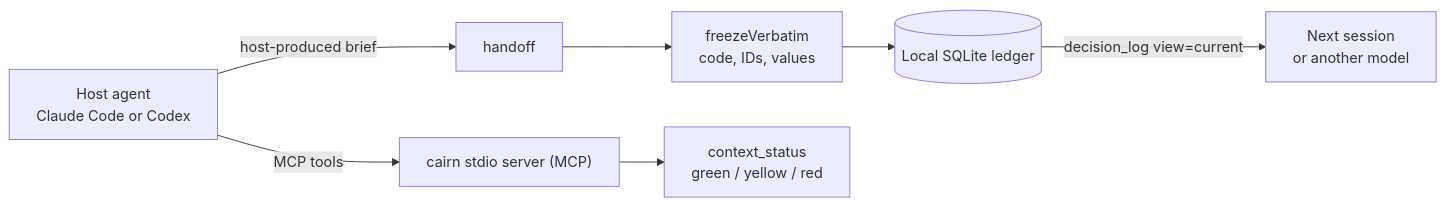
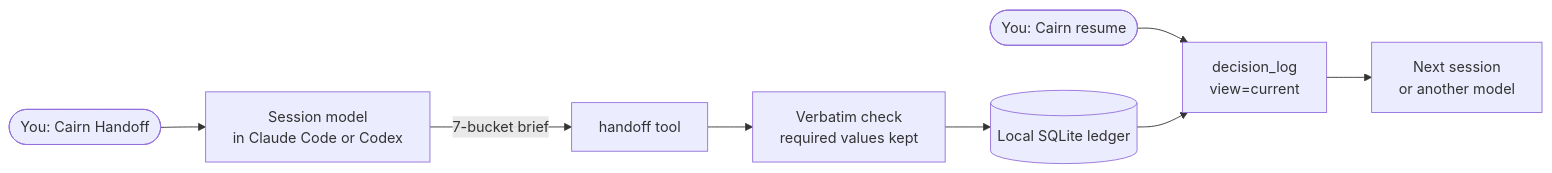
The first of 2 diagrams in README.md (CheswickDEV/cairn), drawn with Mermaid before and after one commit. The commit also changed other lines of this file and 8 other files, not shown here.

First line of the commit message:
docs(readme): modern 2.0 README with measurements, tests and charts

````diff
--- a/README.md
+++ b/README.md
@@ -44,14 +53,10 @@
 ```mermaid
 flowchart LR
-    host["Host agent<br/>Claude Code or Codex"]
-    handoff["handoff"]
-    fv["freezeVerbatim<br/>code, IDs, values"]
-    ledger[("Local SQLite ledger")]
-    next["Next session<br/>or another model"]
-    server["cairn stdio server (MCP)"]
-    cs["context_status<br/>green / yellow / red"]
-
-    host -->|"host-produced brief"| handoff --> fv --> ledger
-    ledger -->|"decision_log view=current"| next
-    host -->|"MCP tools"| server --> cs
+    ask(["You: Cairn Handoff"]) --> host["Session model<br/>in Claude Code or Codex"]
+    host -->|"7-bucket brief"| handoff["handoff tool"]
+    handoff --> check["Verbatim check<br/>required values kept"]
+    check --> ledger[("Local SQLite ledger")]
+    resume(["You: Cairn resume"]) --> log["decision_log<br/>view=current"]
+    ledger --> log
+    log --> next["Next session<br/>or another model"]
 ```
````
